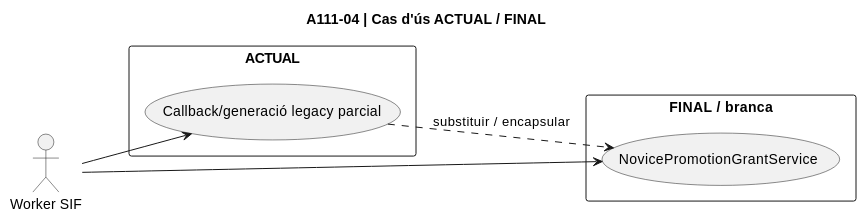
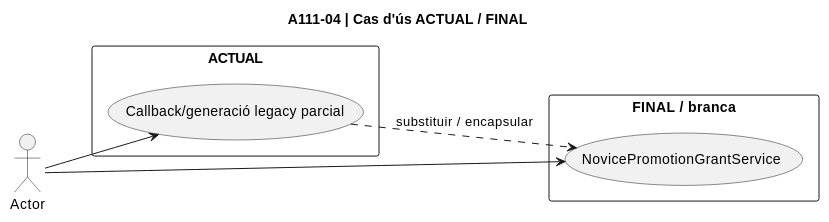
Diagram 13 of 48 in documentacio/07-uml-integrat/uc-111-diagrames-per-accio.md (orgmeriemprismacat-del/verifactu), drawn with PlantUML before and after one commit. The commit also changed other lines of this file, not shown here.

Commit message:
docs UC-111 diagrams: remove duplicate sequence actors and use stable action-card links

````diff
--- a/documentacio/07-uml-integrat/uc-111-diagrames-per-accio.md
+++ b/documentacio/07-uml-integrat/uc-111-diagrames-per-accio.md
@@ -244,16 +238,15 @@
 ```plantuml
 @startuml
 title A111-04 | Cas d'ús ACTUAL / FINAL
 left to right direction
-actor "Worker SIF" as Actor
 rectangle "ACTUAL" {
   usecase "Callback/generació legacy parcial" as Current
 }
 rectangle "FINAL / branca" {
   usecase "NovicePromotionGrantService" as Target
 }
 Actor --> Current
 Actor --> Target
 Current ..> Target : substituir / encapsular
 @enduml
 ```
````
